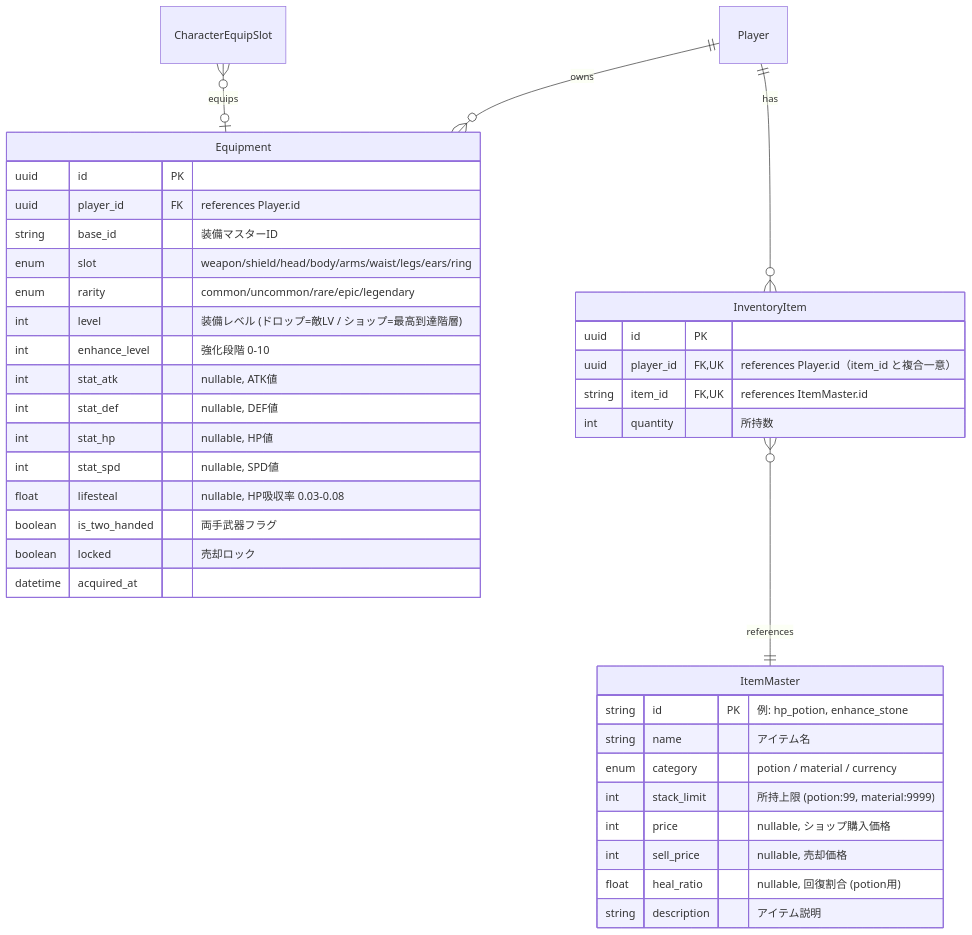
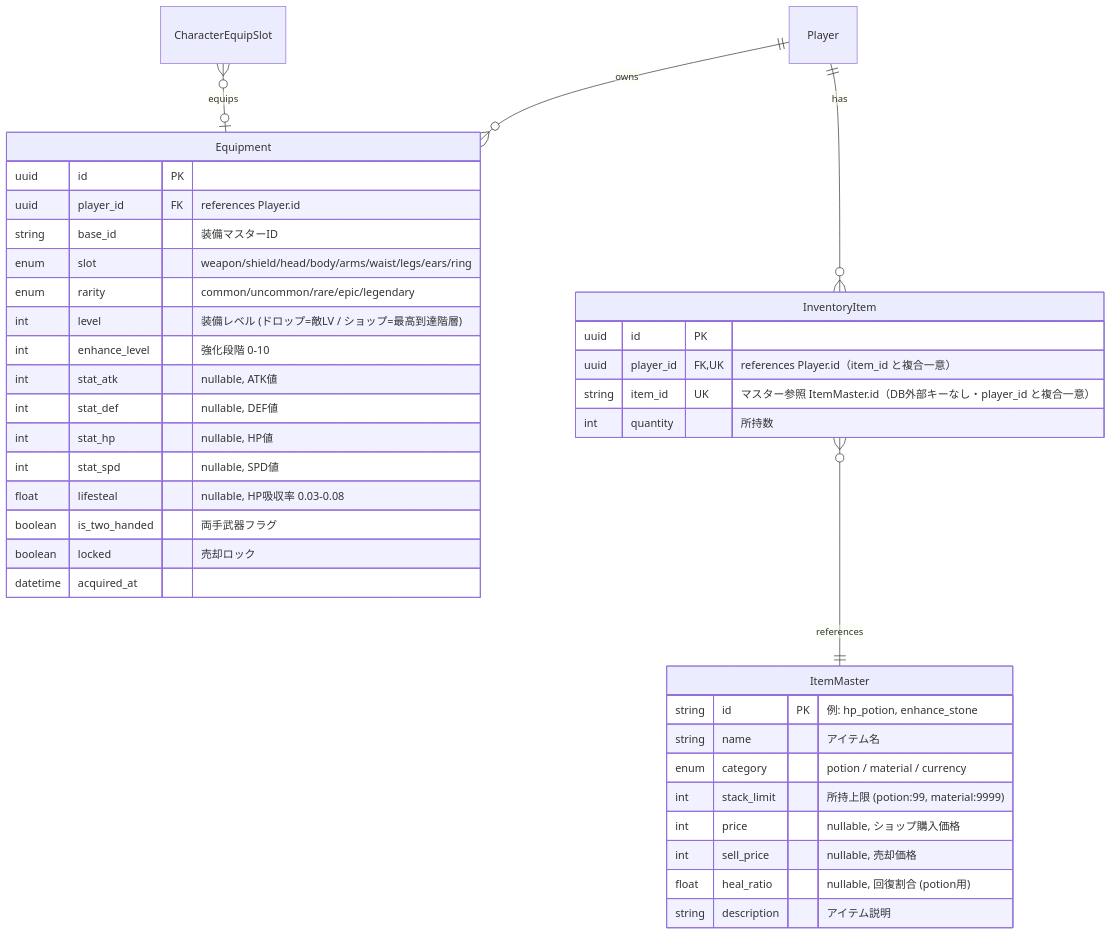
One commit to dateeee/2026_AFKGAME changed the first of 2 diagrams in diagrams/er_diagram/item.md. Above: the diagram before and after it, drawn with Mermaid. The commit also changed other lines of this file and 12 other files, not shown here.

First line of the commit message:
docs: 仕様確定ゲートの指摘8件を反映（doc-review 4件 + diagrams-review 4件）

````diff
--- a/diagrams/er_diagram/item.md
+++ b/diagrams/er_diagram/item.md
@@ -7,44 +7,44 @@
 ```mermaid
 %%{init: {'theme': 'default', 'themeVariables': {'fontSize': '16px'}} }%%
 erDiagram
     Player ||--o{ Equipment : "owns"
     Player ||--o{ InventoryItem : "has"
     CharacterEquipSlot }o--o| Equipment : "equips"
     InventoryItem }o--|| ItemMaster : "references"
 
     Equipment {
         uuid id PK
         uuid player_id FK "references Player.id"
         string base_id "装備マスターID"
         enum slot "weapon/shield/head/body/arms/waist/legs/ears/ring"
         enum rarity "common/uncommon/rare/epic/legendary"
         int level "装備レベル (ドロップ=敵LV / ショップ=最高到達階層)"
         int enhance_level "強化段階 0-10"
         int stat_atk "nullable, ATK値"
         int stat_def "nullable, DEF値"
         int stat_hp "nullable, HP値"
         int stat_spd "nullable, SPD値"
         float lifesteal "nullable, HP吸収率 0.03-0.08"
         boolean is_two_handed "両手武器フラグ"
         boolean locked "売却ロック"
         datetime acquired_at
     }
 
     InventoryItem {
         uuid id PK
         uuid player_id FK, UK "references Player.id（item_id と複合一意）"
-        string item_id FK, UK "references ItemMaster.id"
+        string item_id UK "マスター参照 ItemMaster.id（DB外部キーなし・player_id と複合一意）"
         int quantity "所持数"
     }
 
     ItemMaster {
         string id PK "例: hp_potion, enhance_stone"
         string name "アイテム名"
         enum category "potion / material / currency"
         int stack_limit "所持上限 (potion:99, material:9999)"
         int price "nullable, ショップ購入価格"
         int sell_price "nullable, 売却価格"
         float heal_ratio "nullable, 回復割合 (potion用)"
         string description "アイテム説明"
     }
 ```
````
